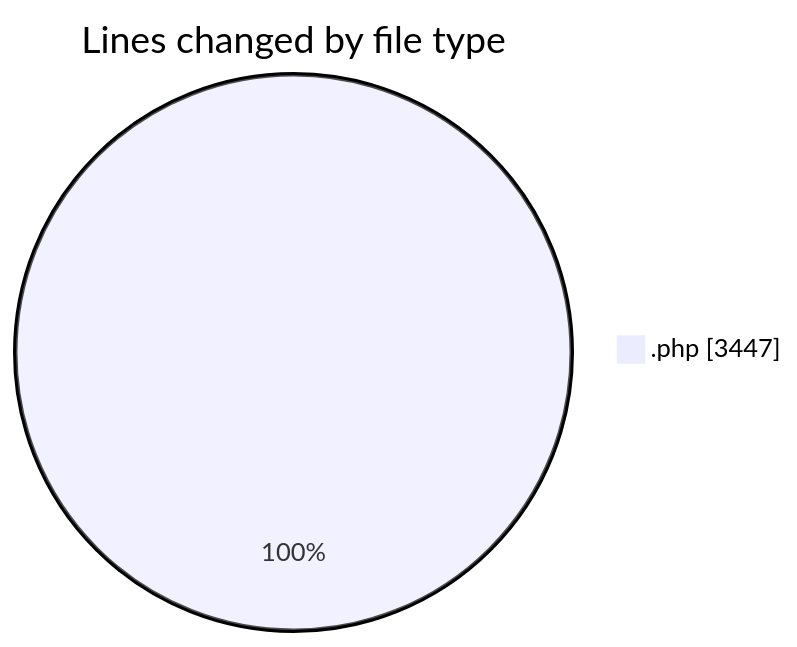
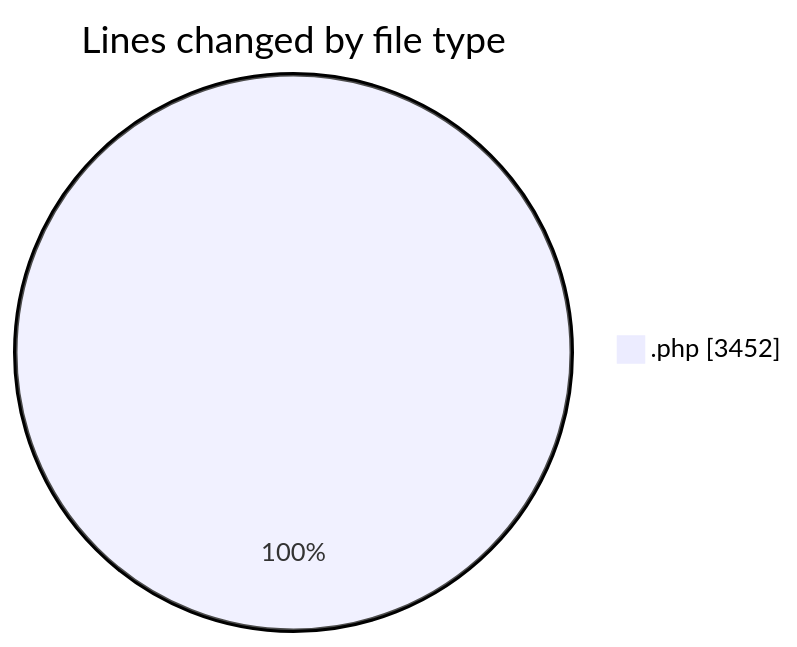
The first of 2 diagrams in 2025-10-21/untitled__workspace_/README.md (debugP/code-tracking), drawn with Mermaid before and after one commit. The commit also changed other lines of this file and 1 other file, not shown here.

````diff
--- a/2025-10-21/untitled__workspace_/README.md
+++ b/2025-10-21/untitled__workspace_/README.md
@@ -20,5 +20,5 @@
 ```mermaid
 pie showData
 title Lines changed by file type
-".php" : 3447
+".php" : 3452
 ```
````
